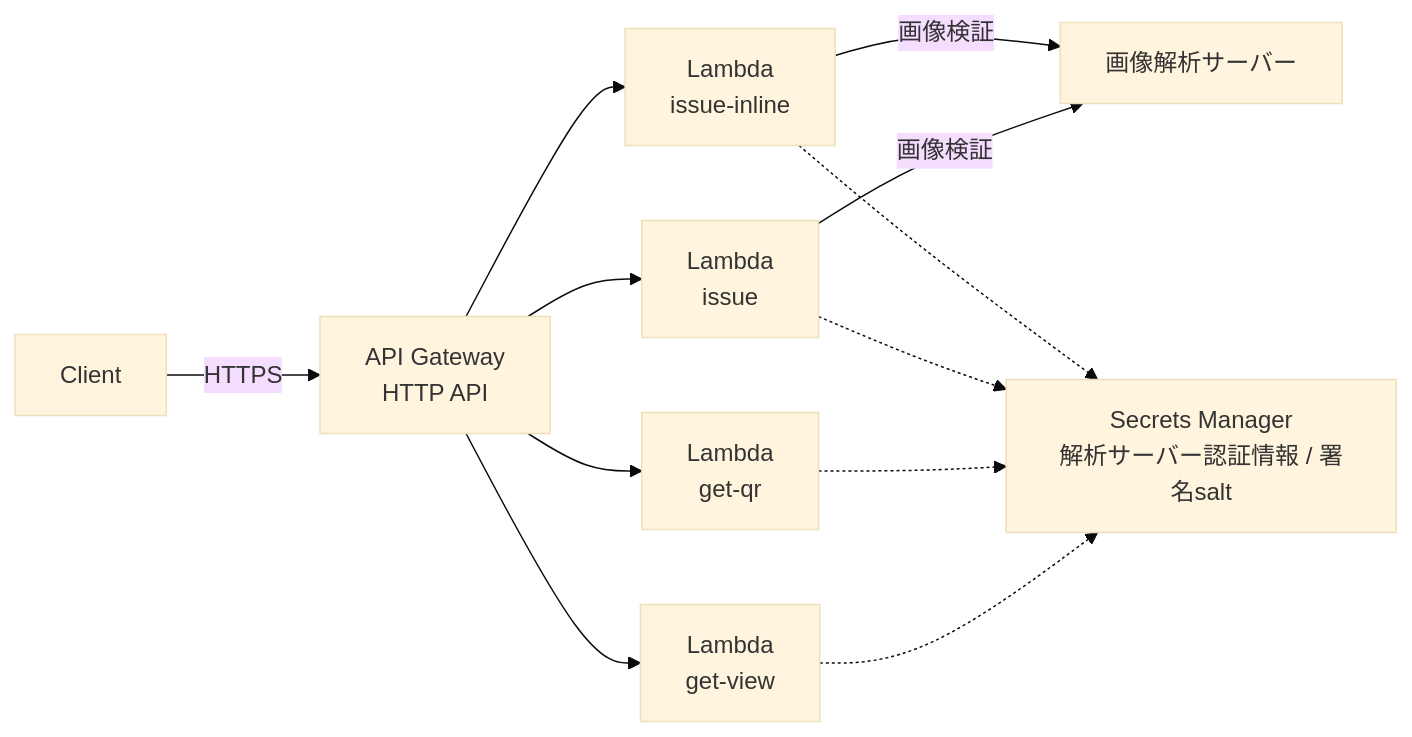
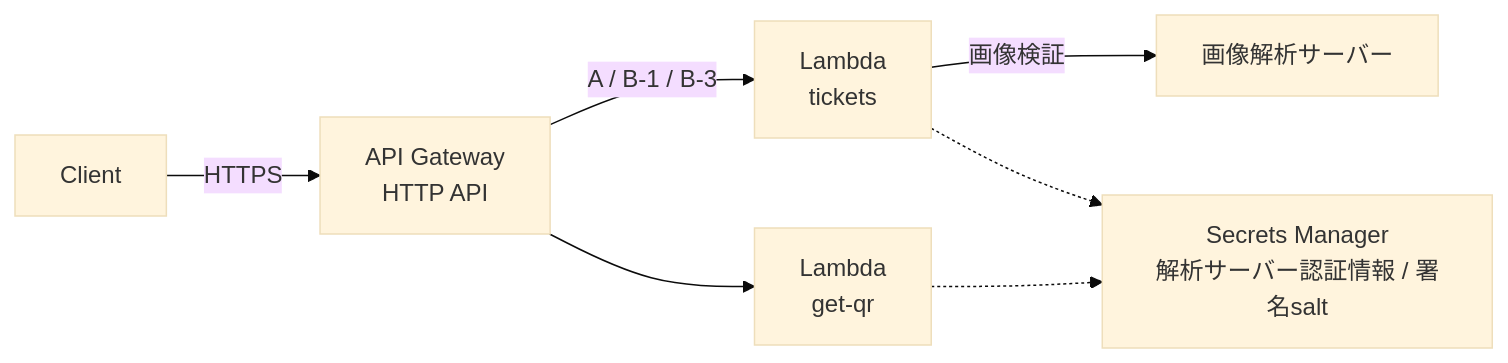
The first of 5 diagrams in docs/st/DESIGN.md (rxsxkxd/pk), drawn with Mermaid (base theme) before and after one commit. The commit also changed other lines of this file and 14 other files, not shown here.

````diff
--- a/docs/st/DESIGN.md
+++ b/docs/st/DESIGN.md
@@ -35,10 +35,8 @@
 ```mermaid
 flowchart LR
   C[Client] -->|HTTPS| APIGW[API Gateway<br/>HTTP API]
-  APIGW --> L1[Lambda<br/>issue-inline]
-  APIGW --> L2[Lambda<br/>issue]
-  APIGW --> L4[Lambda<br/>get-view]
+  APIGW -->|A / B-1 / B-3| L1[Lambda<br/>tickets]
   APIGW --> L3[Lambda<br/>get-qr]
-  L1 & L2 -->|画像検証| IA[画像解析サーバー]
-  L1 & L2 & L3 & L4 -.-> SM[Secrets Manager<br/>解析サーバー認証情報 / 署名salt]
+  L1 -->|画像検証| IA[画像解析サーバー]
+  L1 & L3 -.-> SM[Secrets Manager<br/>解析サーバー認証情報 / 署名salt]
 ```
````
